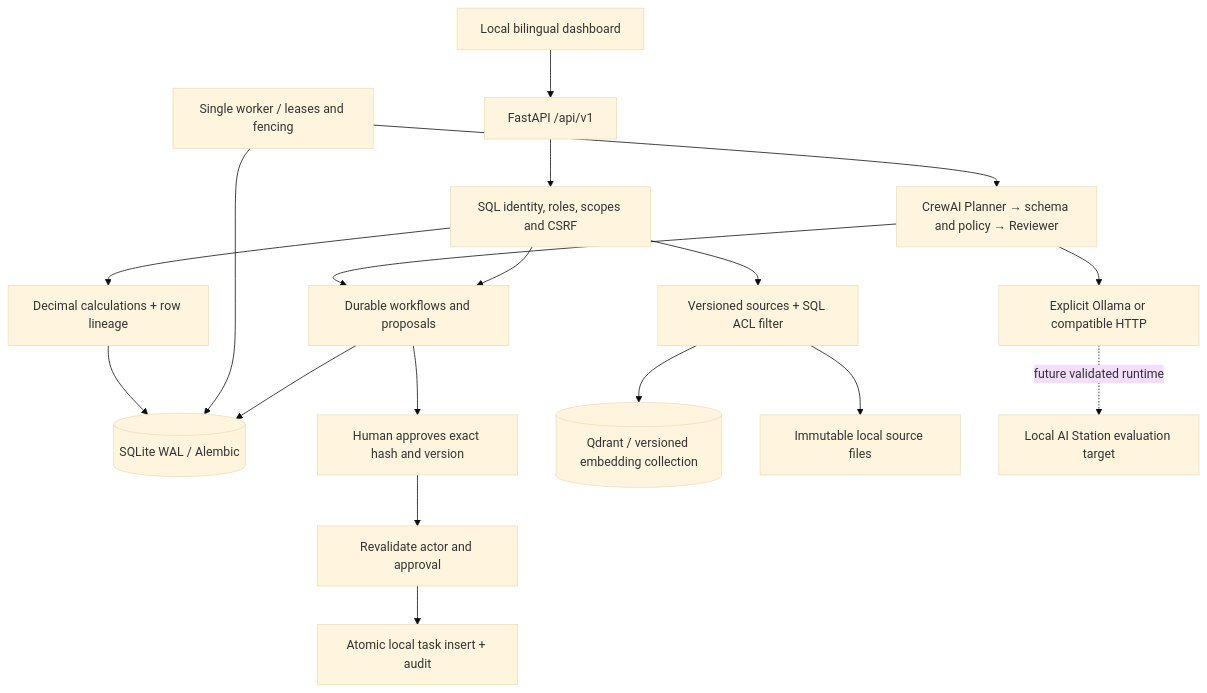
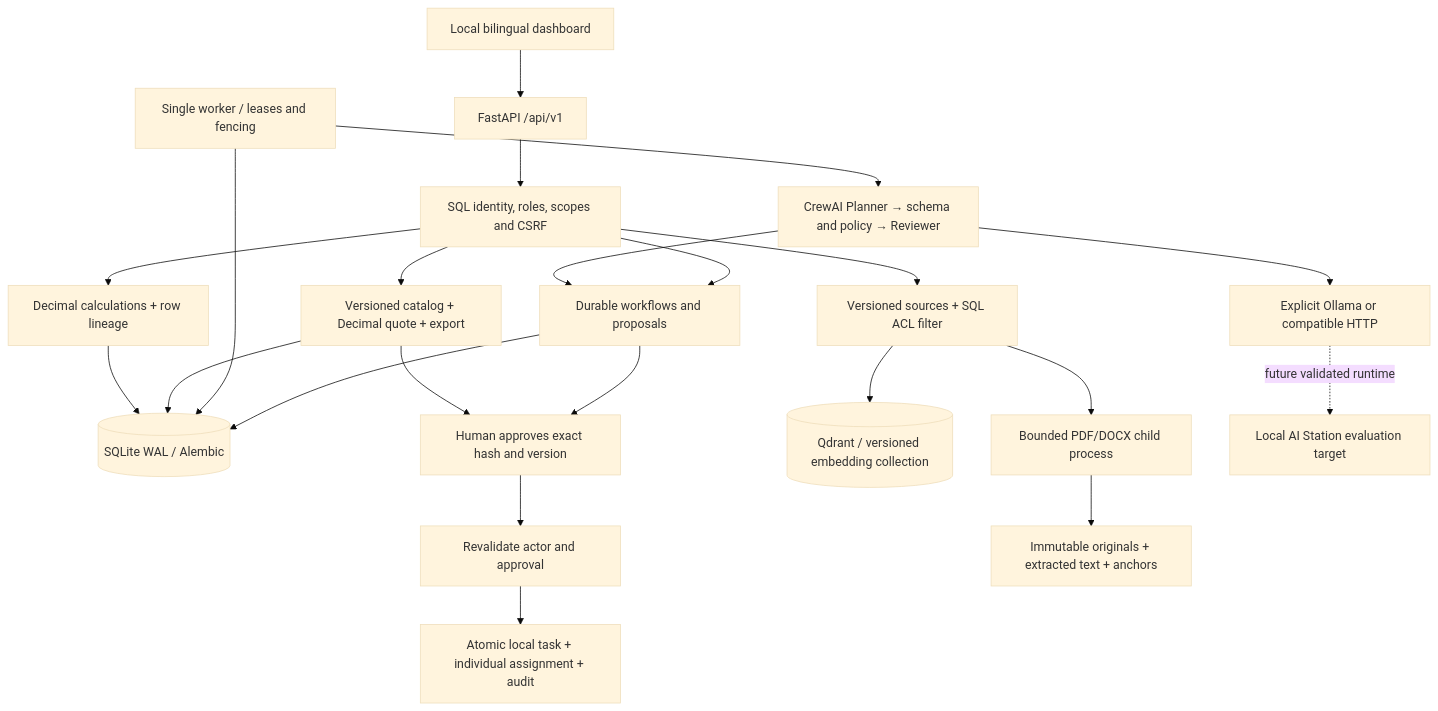
One commit to edkhv/ai-office changed the diagram in docs/ARCHITECTURE.md. Above: the diagram before and after it, drawn with Mermaid (base theme). The commit also changed other lines of this file and 73 other files, not shown here.

````diff
--- a/docs/ARCHITECTURE.md
+++ b/docs/ARCHITECTURE.md
@@ -5,20 +5,24 @@
 ```mermaid
 flowchart TD
     UI[Local bilingual dashboard] --> API[FastAPI /api/v1]
     API --> AUTH[SQL identity, roles, scopes and CSRF]
     AUTH --> WF[Durable workflows and proposals]
     WF --> DB[(SQLite WAL / Alembic)]
     WORKER[Single worker / leases and fencing] --> DB
     WORKER --> PLAN[CrewAI Planner → schema and policy → Reviewer]
     PLAN --> LOCAL[Explicit Ollama or compatible HTTP]
     PLAN --> WF
     WF --> APPROVE[Human approves exact hash and version]
     APPROVE --> EXEC[Revalidate actor and approval]
-    EXEC --> TASKS[Atomic local task insert + audit]
+    EXEC --> TASKS[Atomic local task + individual assignment + audit]
+    AUTH --> QUOTES[Versioned catalog + Decimal quote + export]
+    QUOTES --> APPROVE
+    QUOTES --> DB
     AUTH --> RAG[Versioned sources + SQL ACL filter]
     RAG --> Q[(Qdrant / versioned embedding collection)]
-    RAG --> FILES[Immutable local source files]
+    RAG --> PARSE[Bounded PDF/DOCX child process]
+    PARSE --> FILES[Immutable originals + extracted text + anchors]
     AUTH --> METRIC[Decimal calculations + row lineage]
     METRIC --> DB
     LOCAL -. future validated runtime .-> HW[Local AI Station evaluation target]
 ```
````
